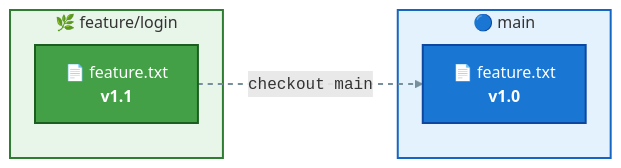
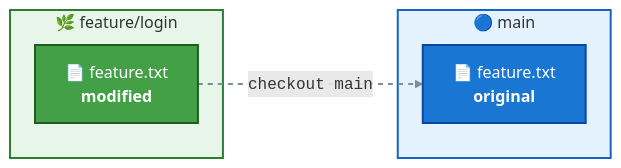
One commit to DaveFV91/GitCourse changed the fifth of 6 diagrams in 02-exercises/02-branches/branches-walkthrough.md. Above: the diagram before and after it, drawn with Mermaid. The commit also changed other lines of this file and 1 other file, not shown here.

Commit message:
feat: update feature file and walkthrough for clarity and consistency

````diff
--- a/02-exercises/02-branches/branches-walkthrough.md
+++ b/02-exercises/02-branches/branches-walkthrough.md
@@ -189,19 +189,19 @@
 ```mermaid
 flowchart LR
     subgraph FEATURE[" 🌿 feature/login "]
-        F["📄 feature.txt<br/><b>v1.1</b>"]
+        F["📄 feature.txt<br/><b>modified</b>"]
     end
     
     subgraph MAIN[" 🔵 main "]
-        M["📄 feature.txt<br/><b>v1.0</b>"]
+        M["📄 feature.txt<br/><b>original</b>"]
     end
     
     F -.->|"<code>checkout main</code>"| M
     
     style FEATURE fill:#E8F5E9,stroke:#2E7D32,stroke-width:2px
     style MAIN fill:#E3F2FD,stroke:#1565C2,stroke-width:2px
     style F fill:#43A047,stroke:#1B5E20,stroke-width:2px,color:#fff
     style M fill:#1976D2,stroke:#0D47A1,stroke-width:2px,color:#fff
     
     linkStyle 0 stroke:#78909C,stroke-width:2px,stroke-dasharray:5
 ```
````
